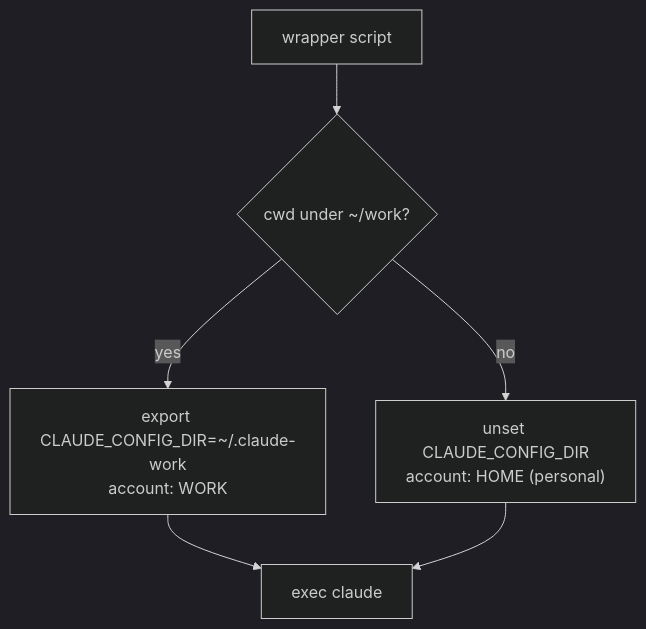
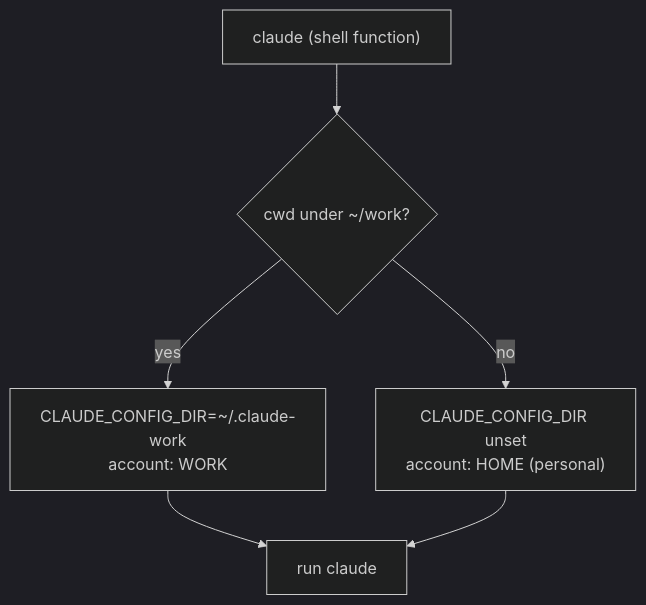
The second of 2 diagrams in blog/2026-06-05-claude-code-account-isolation.mdx (Piotr1215/cloudrumble), drawn with Mermaid (dark theme) before and after one commit. The commit also changed other lines of this file and 1 other file, not shown here.

Commit message:
blog: claude dual-folder

````diff
--- a/blog/2026-06-05-claude-code-account-isolation.mdx
+++ b/blog/2026-06-05-claude-code-account-isolation.mdx
@@ -111,8 +126,8 @@
 ```mermaid
 flowchart TD
-    A["wrapper script"] --> B{"cwd under ~/work?"}
-    B -->|yes| C["export CLAUDE_CONFIG_DIR=~/.claude-work<br/>account: WORK"]
-    B -->|no| D["unset CLAUDE_CONFIG_DIR<br/>account: HOME (personal)"]
-    C --> E["exec claude"]
+    A["claude (shell function)"] --> B{"cwd under ~/work?"}
+    B -->|yes| C["CLAUDE_CONFIG_DIR=~/.claude-work<br/>account: WORK"]
+    B -->|no| D["CLAUDE_CONFIG_DIR unset<br/>account: HOME (personal)"]
+    C --> E["run claude"]
     D --> E
 ```
````
